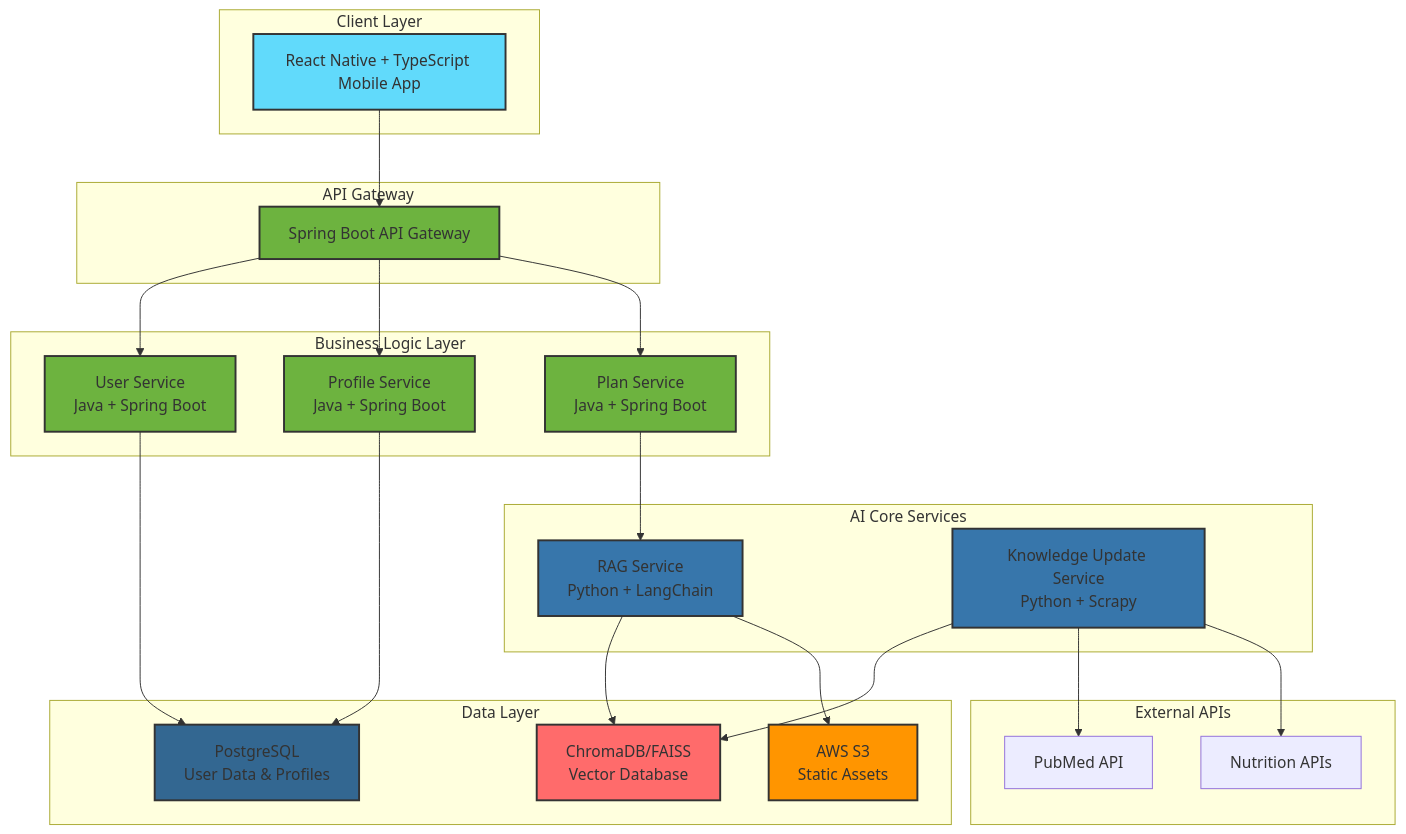
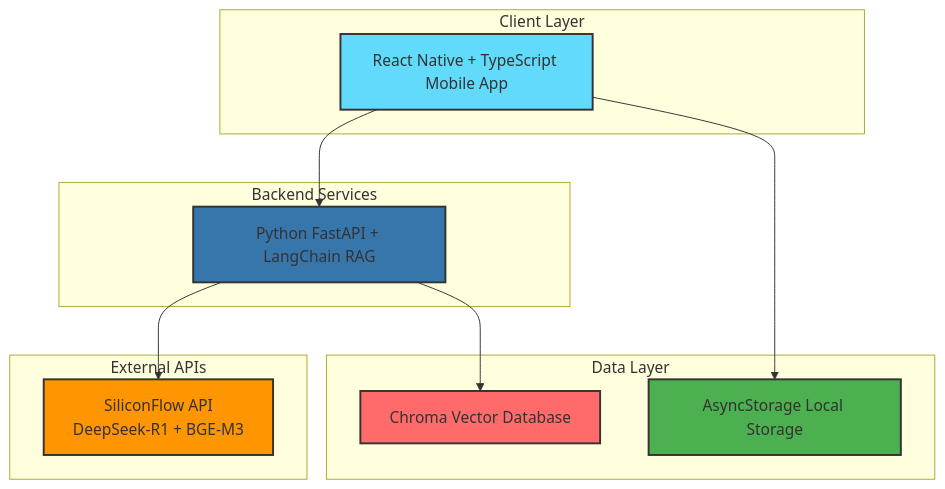
One commit to Chaos-cyber223/BodyMind_AI changed the diagram in README.md. Above: the diagram before and after it, drawn with Mermaid. The commit also changed other lines of this file and 1 other file, not shown here.

First line of the commit message:
docs: refactor architecture documentation to reflect current implementation

````diff
--- a/README.md
+++ b/README.md
@@ -32,56 +32,30 @@
 ```mermaid
 graph TD
     subgraph "Client Layer"
         A[React Native + TypeScript Mobile App]
     end
     
-    subgraph "API Gateway"
-        B[Spring Boot API Gateway]
-    end
-    
-    subgraph "Business Logic Layer"
-        C[User Service<br/>Java + Spring Boot]
-        D[Profile Service<br/>Java + Spring Boot]
-        E[Plan Service<br/>Java + Spring Boot]
-    end
-    
-    subgraph "AI Core Services"
-        F[RAG Service<br/>Python + LangChain]
-        G[Knowledge Update Service<br/>Python + Scrapy]
+    subgraph "Backend Services"
+        B[Python FastAPI + LangChain RAG]
     end
     
     subgraph "Data Layer"
-        H[PostgreSQL<br/>User Data & Profiles]
-        I[ChromaDB/FAISS<br/>Vector Database]
-        J[AWS S3<br/>Static Assets]
+        C[Chroma Vector Database]
+        D[AsyncStorage Local Storage]
     end
     
     subgraph "External APIs"
-        K[PubMed API]
-        L[Nutrition APIs]
+        E[SiliconFlow API<br/>DeepSeek-R1 + BGE-M3]
     end
     
     A --> B
     B --> C
-    B --> D
     B --> E
-    C --> H
-    D --> H
-    E --> F
-    F --> I
-    G --> I
-    G --> K
-    G --> L
-    F --> J
+    A --> D
     
     style A fill:#61dafb,stroke:#333,stroke-width:2px
-    style B fill:#6db33f,stroke:#333,stroke-width:2px
-    style C fill:#6db33f,stroke:#333,stroke-width:2px
-    style D fill:#6db33f,stroke:#333,stroke-width:2px
-    style E fill:#6db33f,stroke:#333,stroke-width:2px
-    style F fill:#3776ab,stroke:#333,stroke-width:2px
-    style G fill:#3776ab,stroke:#333,stroke-width:2px
-    style H fill:#336791,stroke:#333,stroke-width:2px
-    style I fill:#ff6b6b,stroke:#333,stroke-width:2px
-    style J fill:#ff9500,stroke:#333,stroke-width:2px
+    style B fill:#3776ab,stroke:#333,stroke-width:2px
+    style C fill:#ff6b6b,stroke:#333,stroke-width:2px
+    style D fill:#4CAF50,stroke:#333,stroke-width:2px
+    style E fill:#ff9500,stroke:#333,stroke-width:2px
 ```
````
